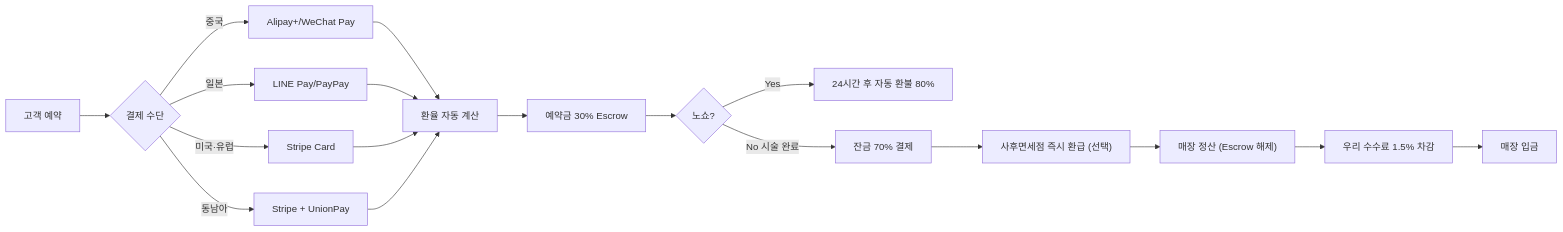
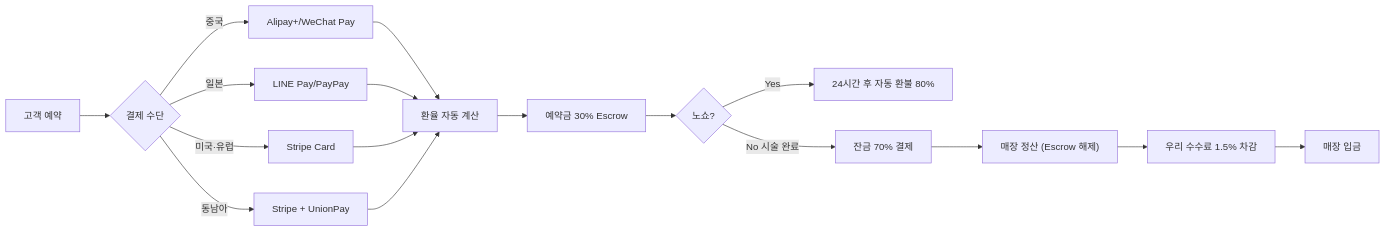
One commit to jaydenjoo/hesya changed the fifth of 5 diagrams in docs/PRD.md. Above: the diagram before and after it, drawn with Mermaid. The commit also changed other lines of this file and 1 other file, not shown here.

````diff
--- a/docs/PRD.md
+++ b/docs/PRD.md
@@ -463,22 +462,21 @@
 ```mermaid
 flowchart LR
     A["고객 예약"] --> B{"결제 수단"}
     B -->|중국| C1["Alipay+/WeChat Pay"]
     B -->|일본| C2["LINE Pay/PayPay"]
     B -->|미국·유럽| C3["Stripe Card"]
     B -->|동남아| C4["Stripe + UnionPay"]
 
     C1 --> D["환율 자동 계산"]
     C2 --> D
     C3 --> D
     C4 --> D
 
     D --> E["예약금 30% Escrow"]
     E --> F{"노쇼?"}
     F -->|Yes| G["24시간 후 자동 환불 80%"]
     F -->|No 시술 완료| H["잔금 70% 결제"]
-    H --> I["사후면세점 즉시 환급 (선택)"]
-    I --> J["매장 정산 (Escrow 해제)"]
-    J --> K["우리 수수료 1.5% 차감"]
-    K --> L["매장 입금"]
+    H --> I["매장 정산 (Escrow 해제)"]
+    I --> J["우리 수수료 1.5% 차감"]
+    J --> K["매장 입금"]
 ```
````
